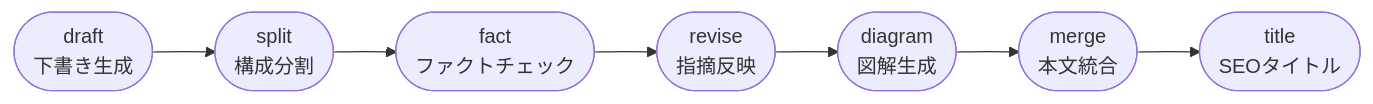
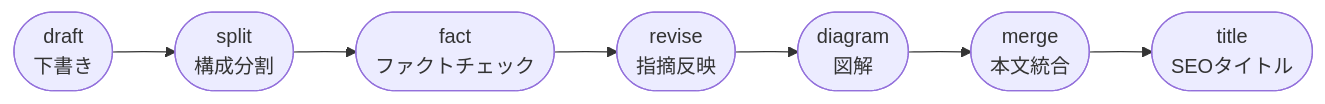
One commit to Ken-kichi/create-article-p changed the first of 2 diagrams in article.md. Above: the diagram before and after it, drawn with Mermaid. The commit also changed other lines of this file, not shown here.

````diff
--- a/article.md
+++ b/article.md
@@ -45,12 +24,12 @@
 ```mermaid
 flowchart LR
-  Draft([draft\n下書き生成])
+  Draft([draft\n下書き])
   Split([split\n構成分割])
   Fact([fact\nファクトチェック])
   Revise([revise\n指摘反映])
-  Diagram([diagram\n図解生成])
+  Diagram([diagram\n図解])
   Merge([merge\n本文統合])
   Title([title\nSEOタイトル])
 
   Draft --> Split --> Fact --> Revise --> Diagram --> Merge --> Title
 ```
````
